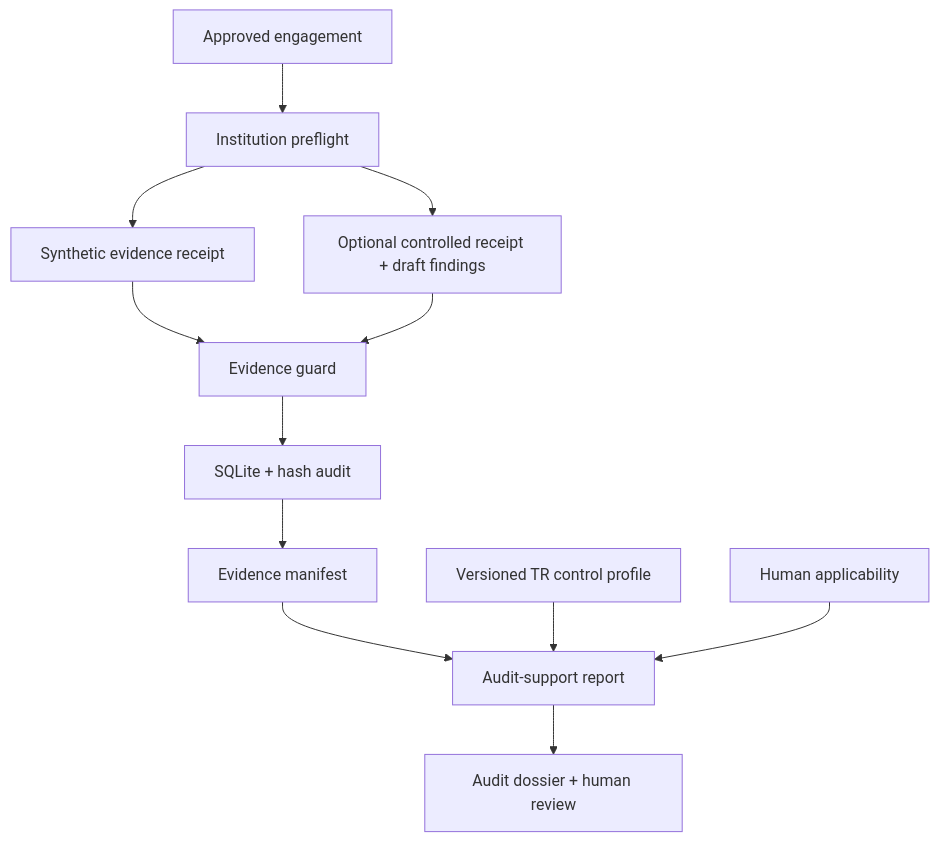
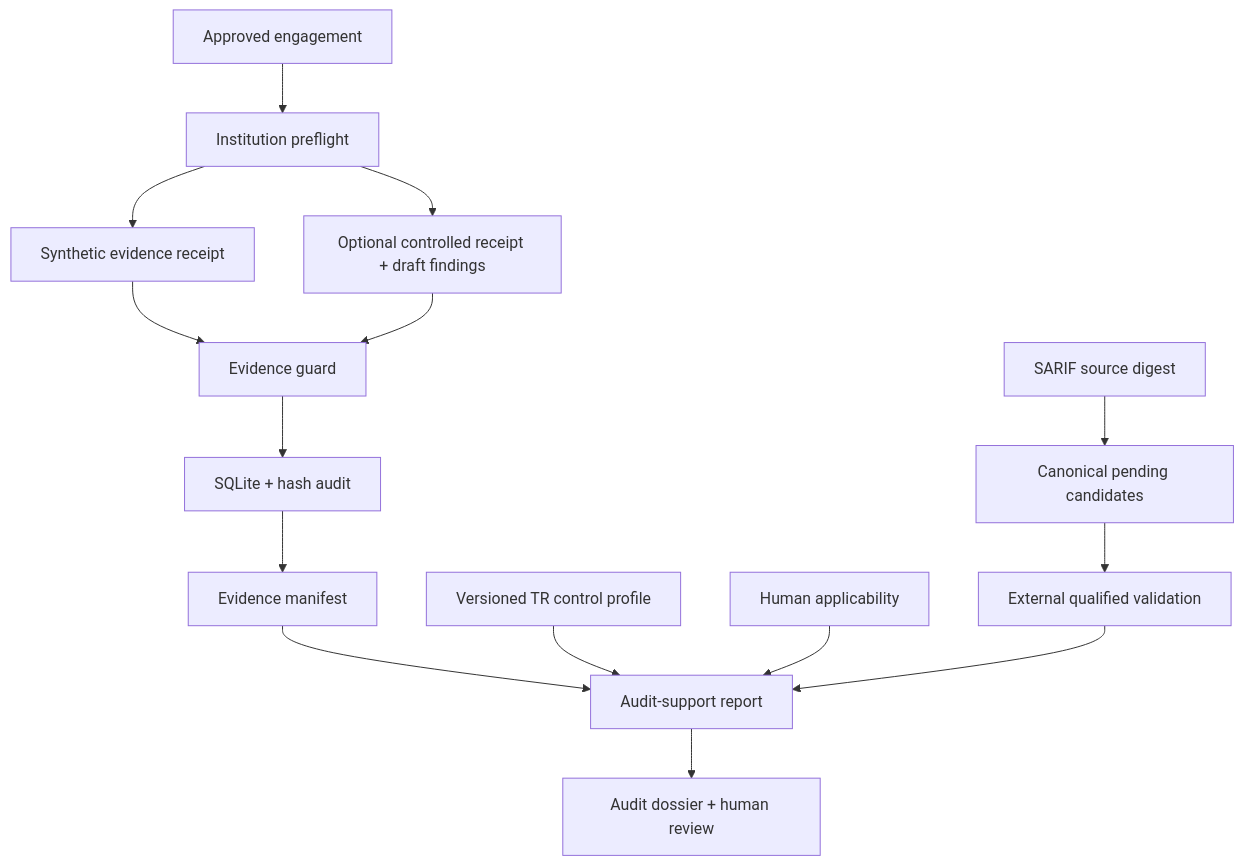
One commit to bilgekayali/finredops changed the second of 2 diagrams in docs/ARCHITECTURE.md. Above: the diagram before and after it, drawn with Mermaid. The commit also changed other lines of this file and 21 other files, not shown here.

````diff
--- a/docs/ARCHITECTURE.md
+++ b/docs/ARCHITECTURE.md
@@ -84,14 +93,17 @@
 ```mermaid
 flowchart TD
     E["Approved engagement"] --> P["Institution preflight"]
     P --> A["Synthetic evidence receipt"]
     P --> V["Optional controlled receipt + draft findings"]
     A --> G["Evidence guard"]
     V --> G
     G --> S["SQLite + hash audit"]
     S --> M["Evidence manifest"]
     M --> R["Audit-support report"]
     C["Versioned TR control profile"] --> R
     APL["Human applicability"] --> R
+    SI["SARIF source digest"] --> IC["Canonical pending candidates"]
+    IC --> HR["External qualified validation"]
+    HR --> R
     R --> H["Audit dossier + human review"]
 ```
````
